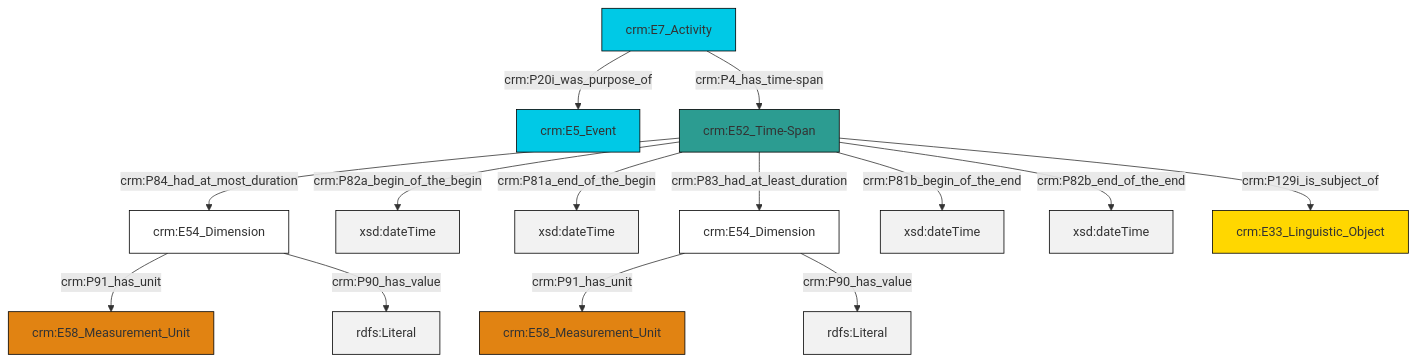
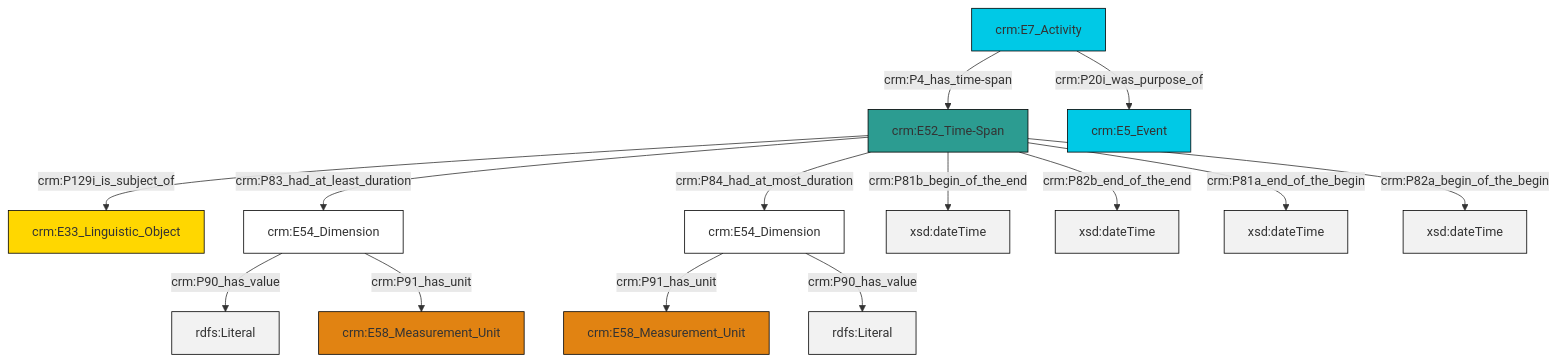
Before and after one commit to swiss-art-research-net/reference-data-models: the diagram in et/eventCSV/ttl/mmd/event_existence.ttl.mmd, drawn with Mermaid. The commit also changed 127 other files, not shown here.

```diff
--- a/et/eventCSV/ttl/mmd/event_existence.ttl.mmd
+++ b/et/eventCSV/ttl/mmd/event_existence.ttl.mmd
@@ -1,28 +1,28 @@
 graph TD
 classDef Literal fill:#f2f2f2,stroke:#000000;
 classDef CRM_Entity fill:#FFFFFF,stroke:#000000;
 classDef Temporal_Entity fill:#00C9E6, stroke:#000000;
 classDef Type fill:#E18312, stroke:#000000;
 classDef Time-Span fill:#2C9C91, stroke:#000000;
 classDef Appellation fill:#FFEB7F, stroke:#000000;
 classDef Place fill:#008836, stroke:#000000;
 classDef Persistent_Item fill:#B266B2, stroke:#000000;
 classDef Conceptual_Object fill:#FFD700, stroke:#000000;
 classDef Physical_Thing fill:#D2B48C, stroke:#000000;
 classDef Actor fill:#f58aad, stroke:#000000;
 classDef PC_Classes fill:#4ce600, stroke:#000000;
 classDef Multi fill:#cccccc,stroke:#000000;
 
-0["crm:E54_Dimension"]:::CRM_Entity -->|crm:P91_has_unit| 1["crm:E58_Measurement_Unit"]:::Type
-4["crm:E7_Activity"]:::Temporal_Entity -->|crm:P20i_was_purpose_of| 2["crm:E5_Event"]:::Temporal_Entity
-7["crm:E52_Time-Span"]:::Time-Span -->|crm:P82a_begin_of_the_begin| 8[xsd:dateTime]:::Literal
-7["crm:E52_Time-Span"]:::Time-Span -->|crm:P81a_end_of_the_begin| 9[xsd:dateTime]:::Literal
-10["crm:E54_Dimension"]:::CRM_Entity -->|crm:P91_has_unit| 5["crm:E58_Measurement_Unit"]:::Type
-4["crm:E7_Activity"]:::Temporal_Entity -->|crm:P4_has_time-span| 7["crm:E52_Time-Span"]:::Time-Span
-0["crm:E54_Dimension"]:::CRM_Entity -->|crm:P90_has_value| 14[rdfs:Literal]:::Literal
-10["crm:E54_Dimension"]:::CRM_Entity -->|crm:P90_has_value| 15[rdfs:Literal]:::Literal
-7["crm:E52_Time-Span"]:::Time-Span -->|crm:P84_had_at_most_duration| 0["crm:E54_Dimension"]:::CRM_Entity
-7["crm:E52_Time-Span"]:::Time-Span -->|crm:P81b_begin_of_the_end| 16[xsd:dateTime]:::Literal
-7["crm:E52_Time-Span"]:::Time-Span -->|crm:P82b_end_of_the_end| 17[xsd:dateTime]:::Literal
-7["crm:E52_Time-Span"]:::Time-Span -->|crm:P83_had_at_least_duration| 10["crm:E54_Dimension"]:::CRM_Entity
-7["crm:E52_Time-Span"]:::Time-Span -->|crm:P129i_is_subject_of| 18["crm:E33_Linguistic_Object"]:::Conceptual_Object
+4["crm:E52_Time-Span"]:::Time-Span -->|crm:P129i_is_subject_of| 0["crm:E33_Linguistic_Object"]:::Conceptual_Object
+5["crm:E54_Dimension"]:::CRM_Entity -->|crm:P90_has_value| 6[rdfs:Literal]:::Literal
+4["crm:E52_Time-Span"]:::Time-Span -->|crm:P83_had_at_least_duration| 5["crm:E54_Dimension"]:::CRM_Entity
+5["crm:E54_Dimension"]:::CRM_Entity -->|crm:P91_has_unit| 7["crm:E58_Measurement_Unit"]:::Type
+9["crm:E54_Dimension"]:::CRM_Entity -->|crm:P91_has_unit| 10["crm:E58_Measurement_Unit"]:::Type
+4["crm:E52_Time-Span"]:::Time-Span -->|crm:P84_had_at_most_duration| 9["crm:E54_Dimension"]:::CRM_Entity
+2["crm:E7_Activity"]:::Temporal_Entity -->|crm:P4_has_time-span| 4["crm:E52_Time-Span"]:::Time-Span
+4["crm:E52_Time-Span"]:::Time-Span -->|crm:P81b_begin_of_the_end| 11[xsd:dateTime]:::Literal
+2["crm:E7_Activity"]:::Temporal_Entity -->|crm:P20i_was_purpose_of| 13["crm:E5_Event"]:::Temporal_Entity
+4["crm:E52_Time-Span"]:::Time-Span -->|crm:P82b_end_of_the_end| 15[xsd:dateTime]:::Literal
+9["crm:E54_Dimension"]:::CRM_Entity -->|crm:P90_has_value| 19[rdfs:Literal]:::Literal
+4["crm:E52_Time-Span"]:::Time-Span -->|crm:P81a_end_of_the_begin| 20[xsd:dateTime]:::Literal
+4["crm:E52_Time-Span"]:::Time-Span -->|crm:P82a_begin_of_the_begin| 21[xsd:dateTime]:::Literal
```
